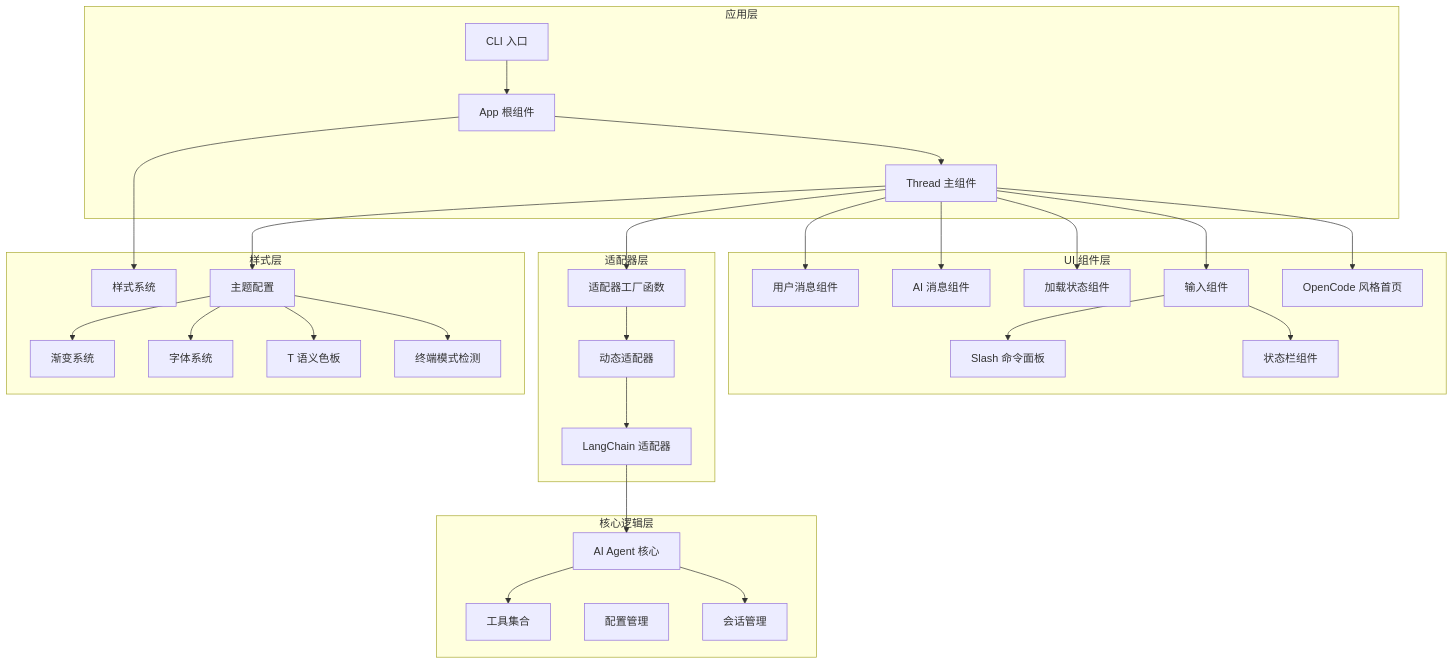
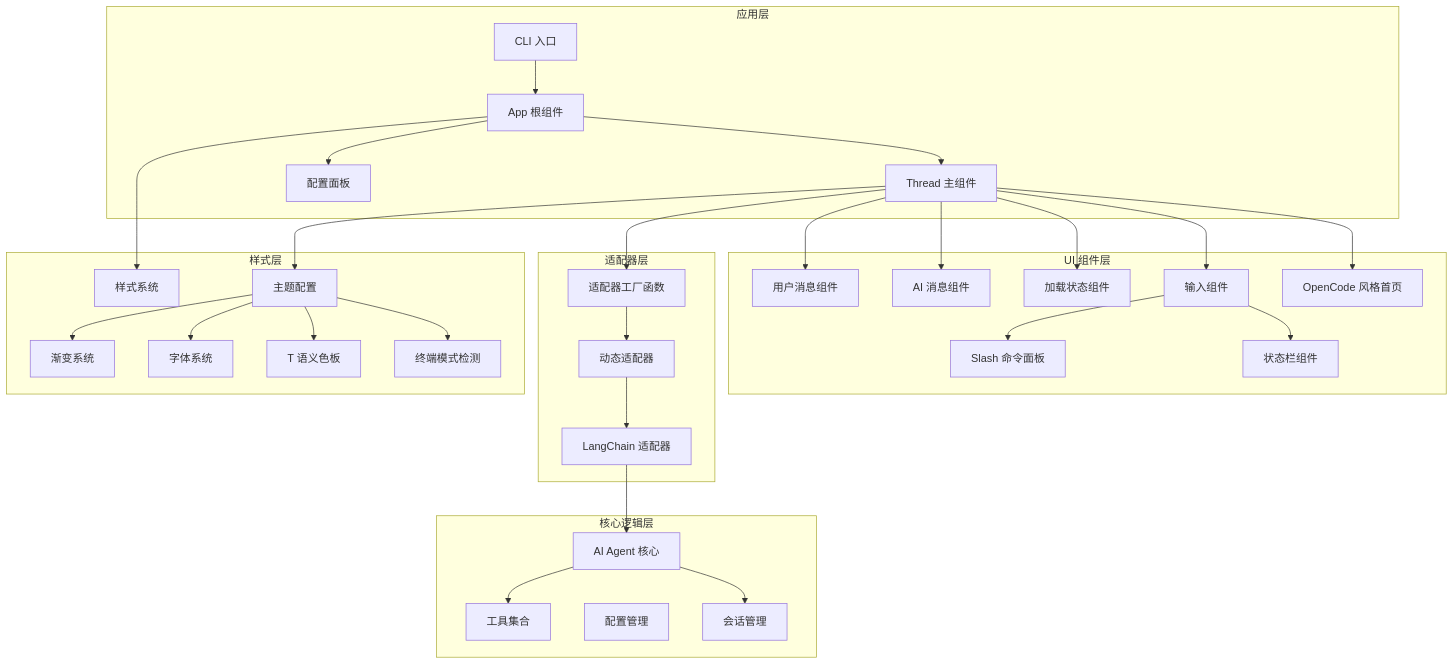
The first of 16 diagrams in .qoder/repowiki/zh/content/核心架构/React 终端 UI 组件.md (HAOFUYANG/onion-code), drawn with Mermaid before and after one commit. The commit also changed other lines of this file and 25 other files, not shown here.

````diff
--- a/.qoder/repowiki/zh/content/核心架构/React 终端 UI 组件.md
+++ b/.qoder/repowiki/zh/content/核心架构/React 终端 UI 组件.md
@@ -67,57 +68,59 @@
 ```mermaid
 graph TB
 subgraph "应用层"
 CLI[CLI 入口]
 App[App 根组件]
 Thread[Thread 主组件]
+ConfigPanel[配置面板]
 end
 subgraph "UI 组件层"
 UserMsg[用户消息组件]
 AIMsg[AI 消息组件]
 Loading[加载状态组件]
 Composer[输入组件]
 SlashPanel[Slash 命令面板]
 HomePage[OpenCode 风格首页]
 StatusBar[状态栏组件]
 end
 subgraph "适配器层"
 AdapterFactory[适配器工厂函数]
 Adapter[LangChain 适配器]
 DynamicAdapter[动态适配器]
 end
 subgraph "核心逻辑层"
 Agent[AI Agent 核心]
 Tools[工具集合]
 Config[配置管理]
 Sessions[会话管理]
 end
 subgraph "样式层"
 Style[样式系统]
 Theme[主题配置]
 Gradient[渐变系统]
 Figlet[字体系统]
 T[T 语义色板]
 TerminalMode[终端模式检测]
 end
 CLI --> App
 App --> Thread
+App --> ConfigPanel
 Thread --> HomePage
 Thread --> UserMsg
 Thread --> AIMsg
 Thread --> Loading
 Thread --> Composer
 Composer --> SlashPanel
 Composer --> StatusBar
 Thread --> AdapterFactory
 AdapterFactory --> DynamicAdapter
 DynamicAdapter --> Adapter
 Adapter --> Agent
 Agent --> Tools
 Agent --> Sessions
 App --> Style
 Thread --> Theme
 Theme --> Gradient
 Theme --> Figlet
 Theme --> T
 Theme --> TerminalMode
 ```
````
